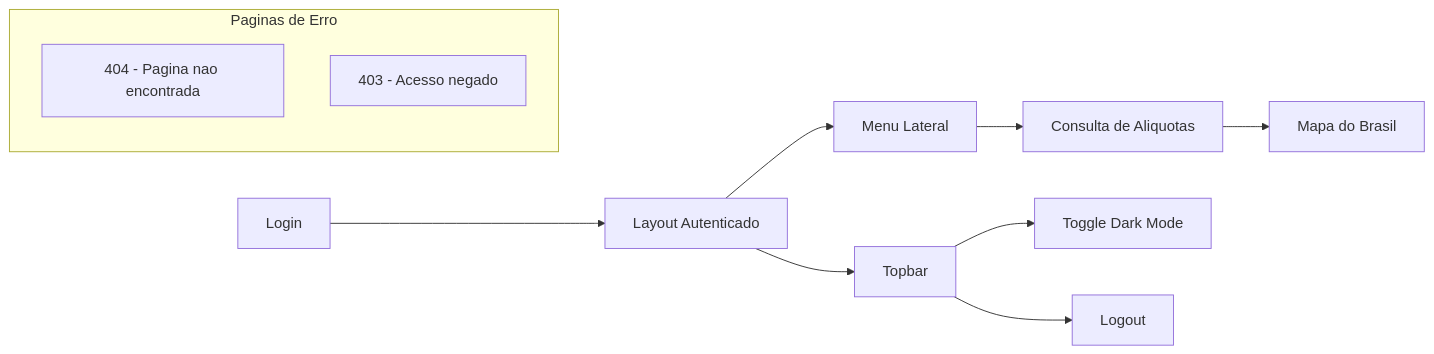
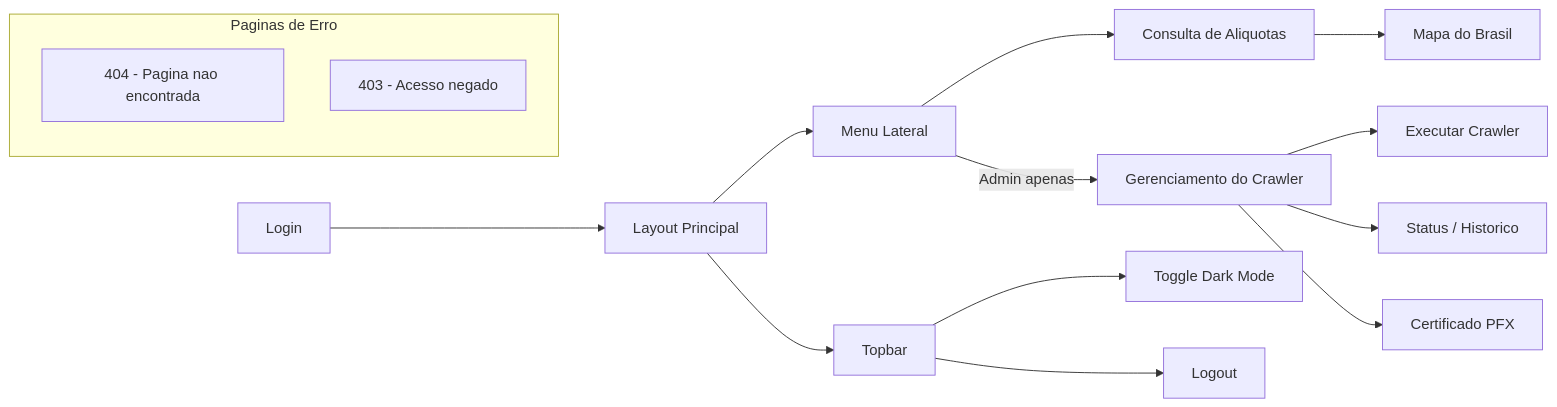
Before and after one commit to john182/poc-open-spec: the third of 5 diagrams in docs/product-doc.md, drawn with Mermaid. The commit also changed other lines of this file and 226 other files, not shown here.

````diff
--- a/docs/product-doc.md
+++ b/docs/product-doc.md
@@ -136,16 +171,21 @@
 ```mermaid
 flowchart LR
-    A[Login] --> B[Layout Autenticado]
+    A[Login] --> B[Layout Principal]
     B --> C[Menu Lateral]
     C --> D[Consulta de Aliquotas]
     D --> E[Mapa do Brasil]
+
+    C --> |Admin apenas| K[Gerenciamento do Crawler]
+    K --> K1[Executar Crawler]
+    K --> K2[Status / Historico]
+    K --> K3[Certificado PFX]
 
     B --> F[Topbar]
     F --> G[Toggle Dark Mode]
     F --> H[Logout]
 
     subgraph Paginas de Erro
         I[404 - Pagina nao encontrada]
         J[403 - Acesso negado]
     end
 ```
````
